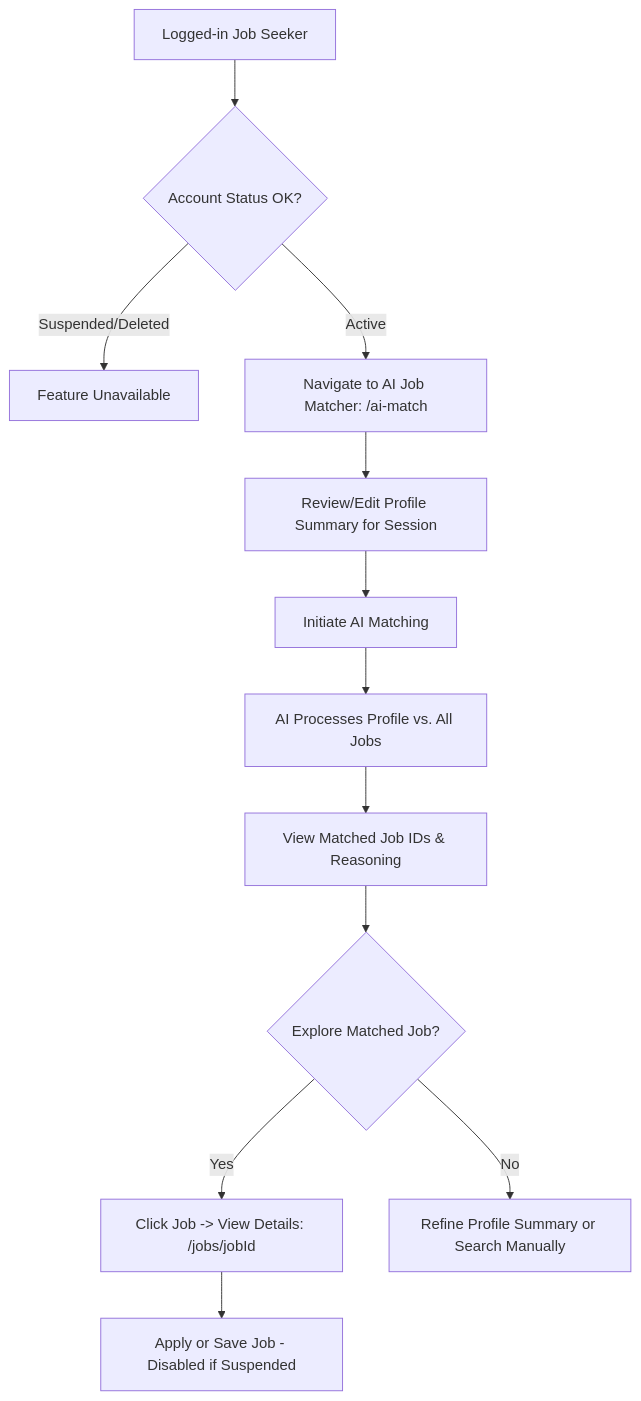
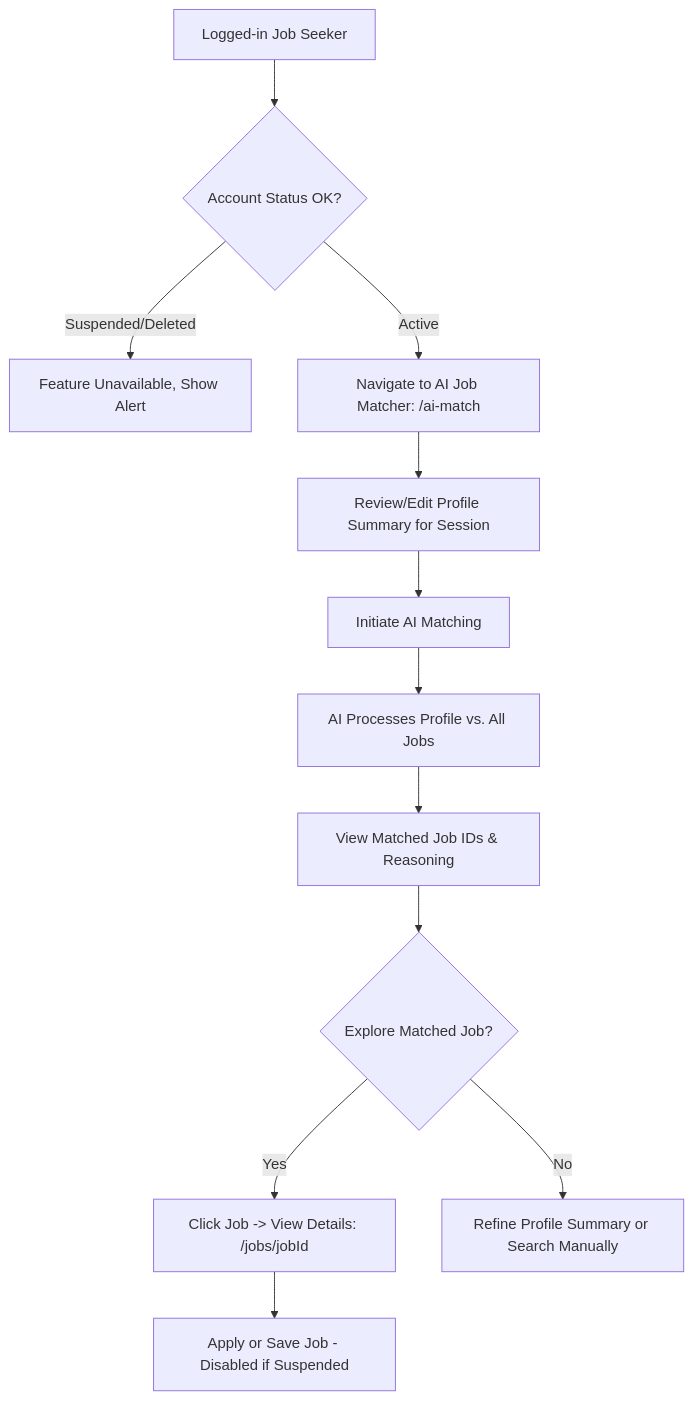
One commit to KishoreKammela/JobBoardly changed the second of 3 diagrams in docs/job-seeker-features.md. Above: the diagram before and after it, drawn with Mermaid. The commit also changed other lines of this file and 10 other files, not shown here.

````diff
--- a/docs/job-seeker-features.md
+++ b/docs/job-seeker-features.md
@@ -129,14 +137,14 @@
 ```mermaid
 graph TD
     A[Logged-in Job Seeker] --> A_check_status{Account Status OK?}
-    A_check_status -- Suspended/Deleted --> A_disabled[Feature Unavailable]
+    A_check_status -- Suspended/Deleted --> A_disabled[Feature Unavailable, Show Alert]
     A_check_status -- Active --> B[Navigate to AI Job Matcher: /ai-match]
     B --> C[Review/Edit Profile Summary for Session]
     C --> D[Initiate AI Matching]
     D --> E[AI Processes Profile vs. All Jobs]
     E --> F[View Matched Job IDs & Reasoning]
     F --> G{Explore Matched Job?}
     G -- Yes --> H[Click Job -> View Details: /jobs/jobId]
     H --> I[Apply or Save Job - Disabled if Suspended]
     G -- No --> J[Refine Profile Summary or Search Manually]
 ```
````
